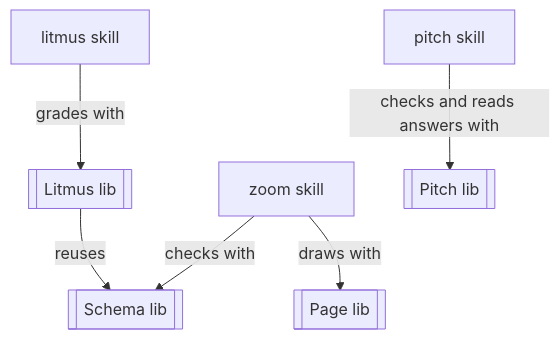
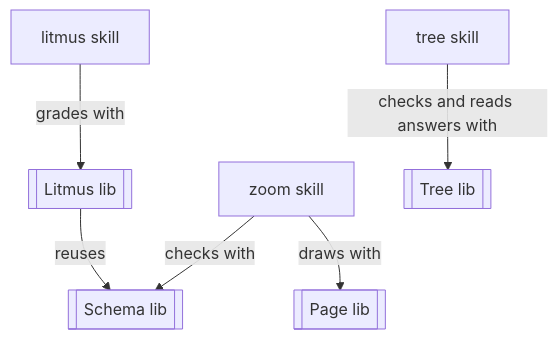
The second of 3 diagrams in README.md (kalaluthien/mumu-claude-plugin), drawn with Mermaid before and after one commit. The commit also changed other lines of this file and 42 other files, not shown here.

First line of the commit message:
Rename paperwork:pitch skill to tree (#875)

````diff
--- a/README.md
+++ b/README.md
@@ -111,15 +111,15 @@
 ```mermaid
 flowchart TB
   n_zoom["zoom skill"]
   n_litmus["litmus skill"]
   n_schema[["Schema lib"]]
   n_page[["Page lib"]]
   n_spec[["Litmus lib"]]
-  n_pitch["pitch skill"]
-  n_plan[["Pitch lib"]]
+  n_tree["tree skill"]
+  n_plan[["Tree lib"]]
   n_zoom -->|"checks with"| n_schema
   n_zoom -->|"draws with"| n_page
   n_litmus -->|"grades with"| n_spec
   n_spec -->|"reuses"| n_schema
-  n_pitch -->|"checks and reads answers with"| n_plan
+  n_tree -->|"checks and reads answers with"| n_plan
 ```
````
